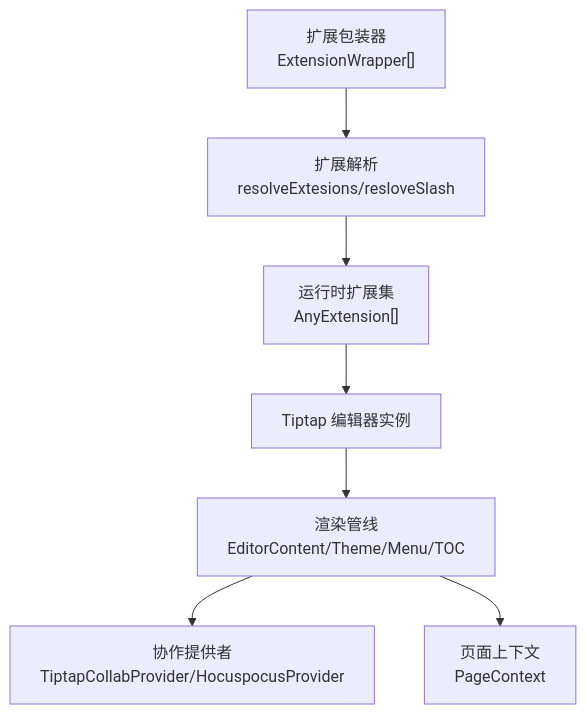
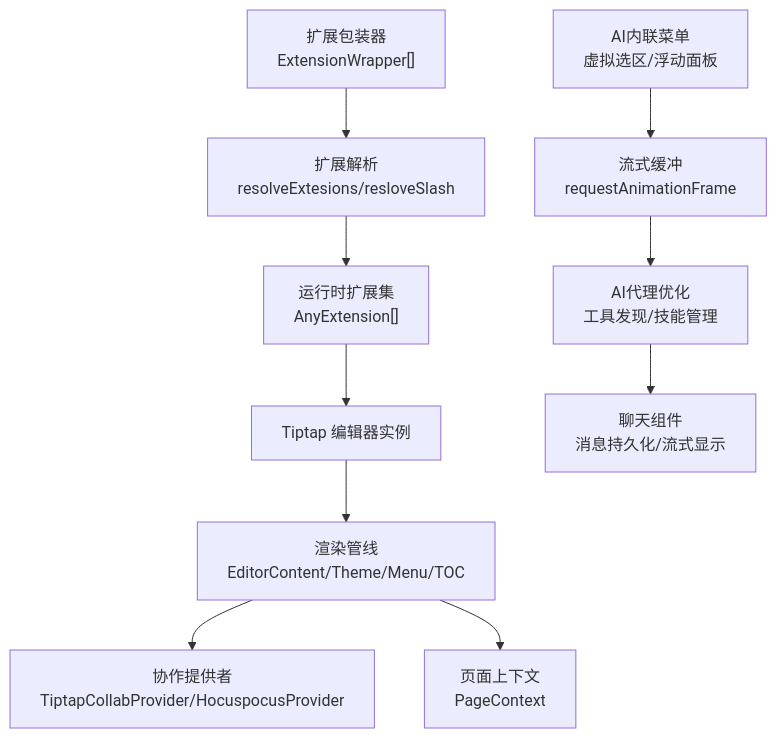
One commit to LRF0422/Kotion changed the second of 11 diagrams in .qoder/repowiki/zh/content/架构设计/编辑器内核架构/编辑器内核架构.md. Above: the diagram before and after it, drawn with Mermaid. The commit also changed other lines of this file and 75 other files, not shown here.

````diff
--- a/.qoder/repowiki/zh/content/架构设计/编辑器内核架构/编辑器内核架构.md
+++ b/.qoder/repowiki/zh/content/架构设计/编辑器内核架构/编辑器内核架构.md
@@ -163,9 +217,12 @@
 ```mermaid
 graph TB
 EXTWRAP["扩展包装器<br/>ExtensionWrapper[]"] --> RESOLVE["扩展解析<br/>resolveExtesions/resloveSlash"]
 RESOLVE --> RUNTIME["运行时扩展集<br/>AnyExtension[]"]
 RUNTIME --> EDITOR["Tiptap 编辑器实例"]
 EDITOR --> RENDER["渲染管线<br/>EditorContent/Theme/Menu/TOC"]
 RENDER --> PROVIDER["协作提供者<br/>TiptapCollabProvider/HocuspocusProvider"]
 RENDER --> CONTEXT["页面上下文<br/>PageContext"]
+AIINLINE["AI内联菜单<br/>虚拟选区/浮动面板"] --> STREAMBUF["流式缓冲<br/>requestAnimationFrame"]
+STREAMBUF --> AGENTOPT["AI代理优化<br/>工具发现/技能管理"]
+AGENTOPT --> CHAT["聊天组件<br/>消息持久化/流式显示"]
 ```
````
